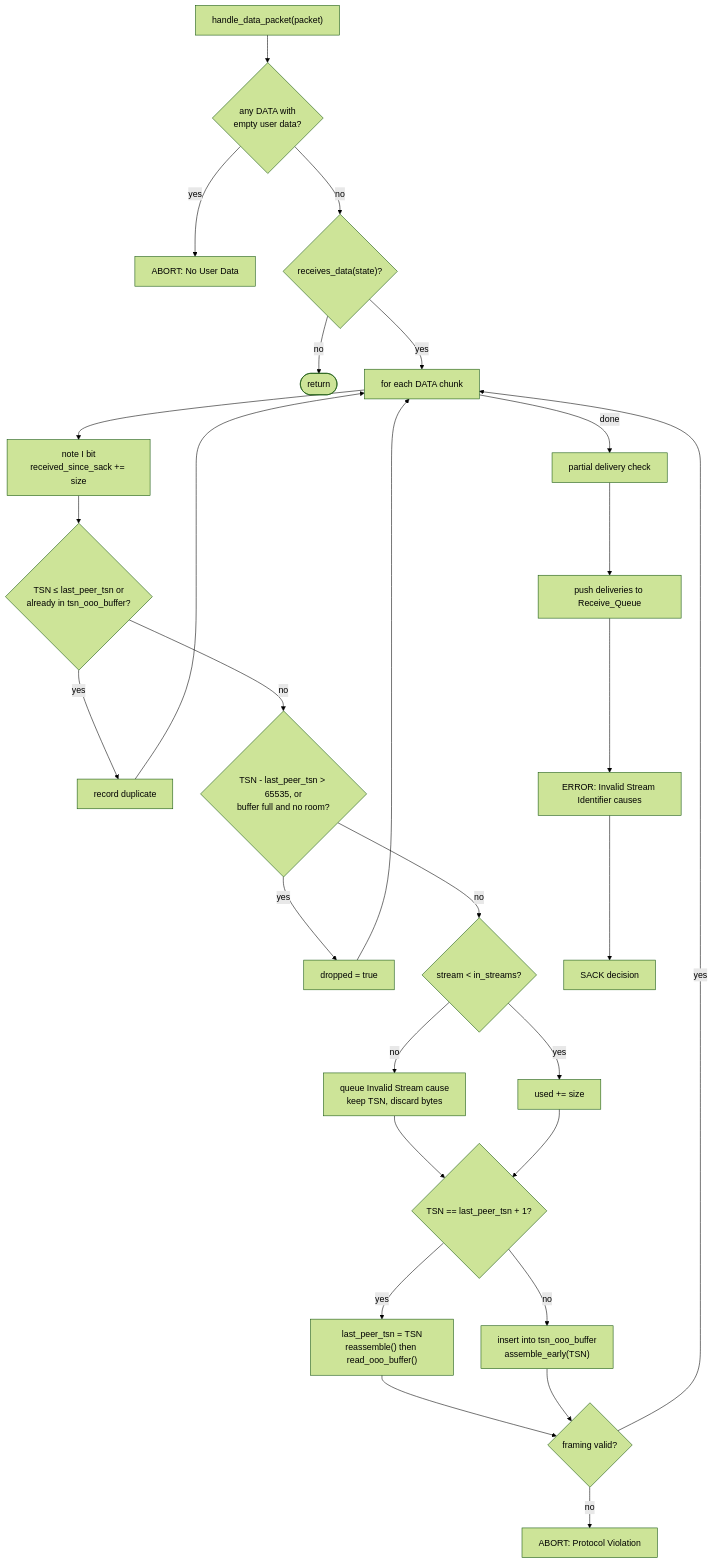
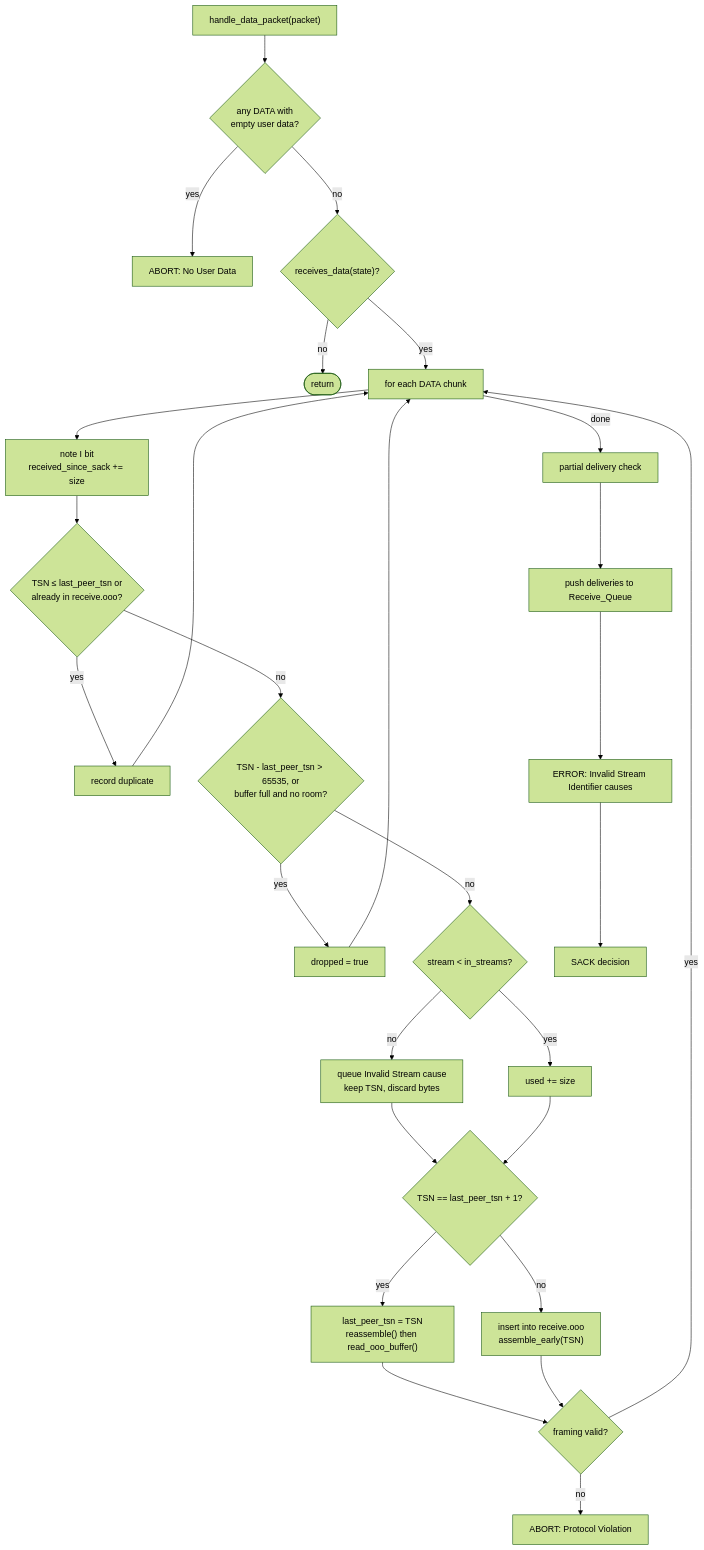
One commit to ethanallenfernandez/sctp-stack changed the fifth of 11 diagrams in docs/devs/04-inbound.md. Above: the diagram before and after it, drawn with Mermaid (forest theme). The commit also changed other lines of this file and 38 other files, not shown here.

````diff
--- a/docs/devs/04-inbound.md
+++ b/docs/devs/04-inbound.md
@@ -243,26 +243,26 @@
 ```mermaid
 flowchart TD
     pk["handle_data_packet(packet)"] --> nu{"any DATA with<br/>empty user data?"}
     nu -- "yes" --> abort1["ABORT: No User Data"]
     nu -- "no" --> st{"receives_data(state)?"}
     st -- "no" --> ret(["return"])
     st -- "yes" --> loop["for each DATA chunk"]
     loop --> ib["note I bit<br/>received_since_sack += size"]
-    ib --> dup{"TSN ≤ last_peer_tsn or<br/>already in tsn_ooo_buffer?"}
+    ib --> dup{"TSN ≤ last_peer_tsn or<br/>already in receive.ooo?"}
     dup -- "yes" --> rd["record duplicate"] --> loop
     dup -- "no" --> room{"TSN - last_peer_tsn > 65535, or<br/>buffer full and no room?"}
     room -- "yes" --> dr["dropped = true"] --> loop
     room -- "no" --> vs{"stream < in_streams?"}
     vs -- "no" --> inv["queue Invalid Stream cause<br/>keep TSN, discard bytes"]
     vs -- "yes" --> used["used += size"]
     inv & used --> nx{"TSN == last_peer_tsn + 1?"}
     nx -- "yes" --> adv["last_peer_tsn = TSN<br/>reassemble() then read_ooo_buffer()"]
-    nx -- "no" --> hold["insert into tsn_ooo_buffer<br/>assemble_early(TSN)"]
+    nx -- "no" --> hold["insert into receive.ooo<br/>assemble_early(TSN)"]
     adv & hold --> fr{"framing valid?"}
     fr -- "no" --> abort2["ABORT: Protocol Violation"]
     fr -- "yes" --> loop
     loop -- "done" --> pd["partial delivery check"]
     pd --> push["push deliveries to Receive_Queue"]
     push --> errs["ERROR: Invalid Stream Identifier causes"]
     errs --> ack["SACK decision"]
 ```
````
